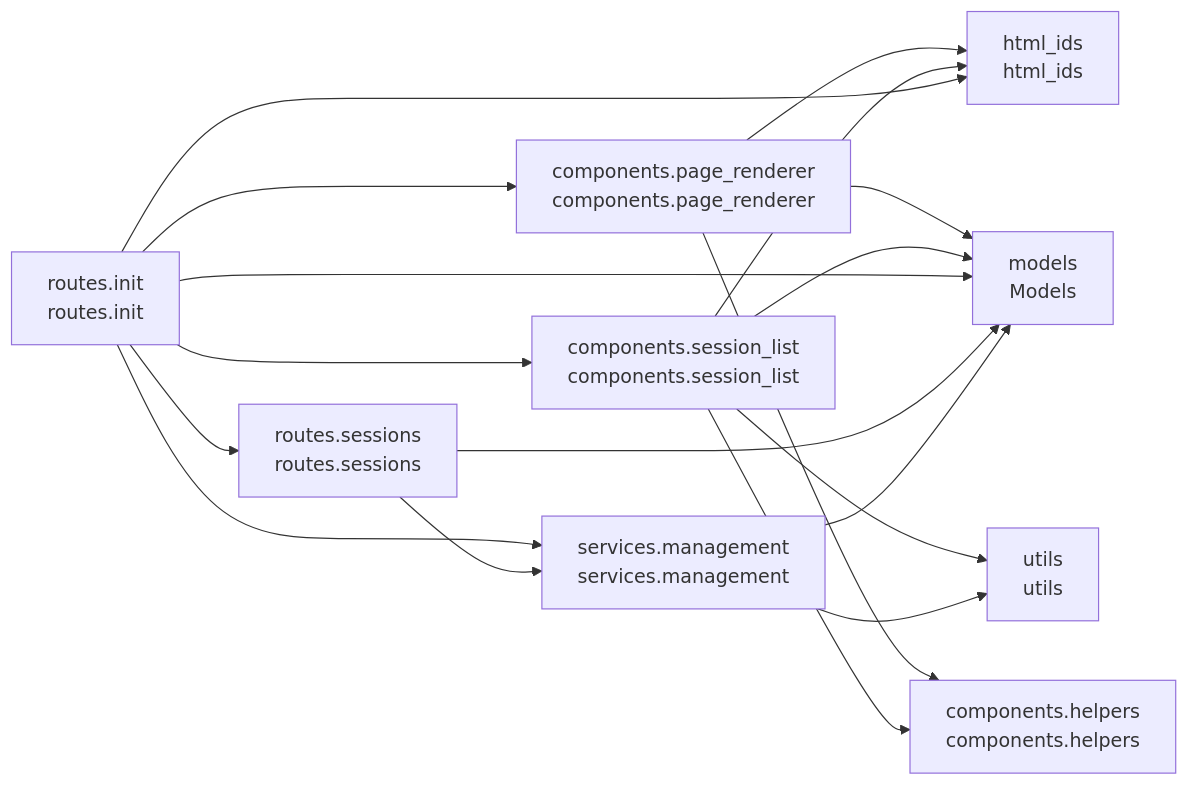
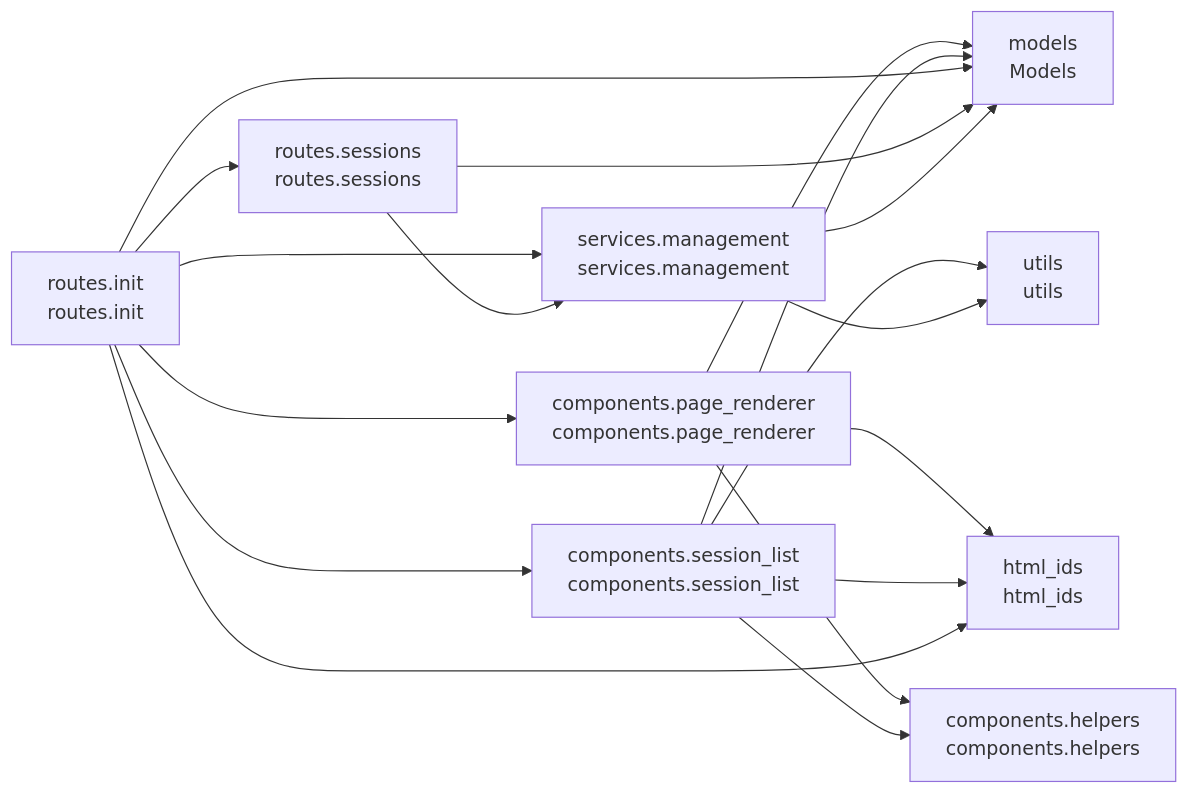
Before and after one commit to cj-mills/cjm-fasthtml-workflow-session-management: the diagram in README.md, drawn with Mermaid. The commit also changed other lines of this file and 8 other files, not shown here.

````diff
--- a/README.md
+++ b/README.md
@@ -32,30 +32,30 @@
 ``` mermaid
 graph LR
     components_helpers[components.helpers<br/>components.helpers]
     components_page_renderer[components.page_renderer<br/>components.page_renderer]
     components_session_list[components.session_list<br/>components.session_list]
     html_ids[html_ids<br/>html_ids]
     models[models<br/>Models]
     routes_init[routes.init<br/>routes.init]
     routes_sessions[routes.sessions<br/>routes.sessions]
     services_management[services.management<br/>services.management]
     utils[utils<br/>utils]
 
     components_page_renderer --> html_ids
     components_page_renderer --> components_helpers
     components_page_renderer --> models
+    components_session_list --> html_ids
+    components_session_list --> utils
+    components_session_list --> models
     components_session_list --> components_helpers
-    components_session_list --> html_ids
-    components_session_list --> models
-    components_session_list --> utils
+    routes_init --> routes_sessions
     routes_init --> html_ids
-    routes_init --> models
-    routes_init --> routes_sessions
     routes_init --> components_session_list
     routes_init --> components_page_renderer
+    routes_init --> models
     routes_init --> services_management
+    routes_sessions --> models
     routes_sessions --> services_management
-    routes_sessions --> models
+    services_management --> utils
     services_management --> models
-    services_management --> utils
 ```
````
